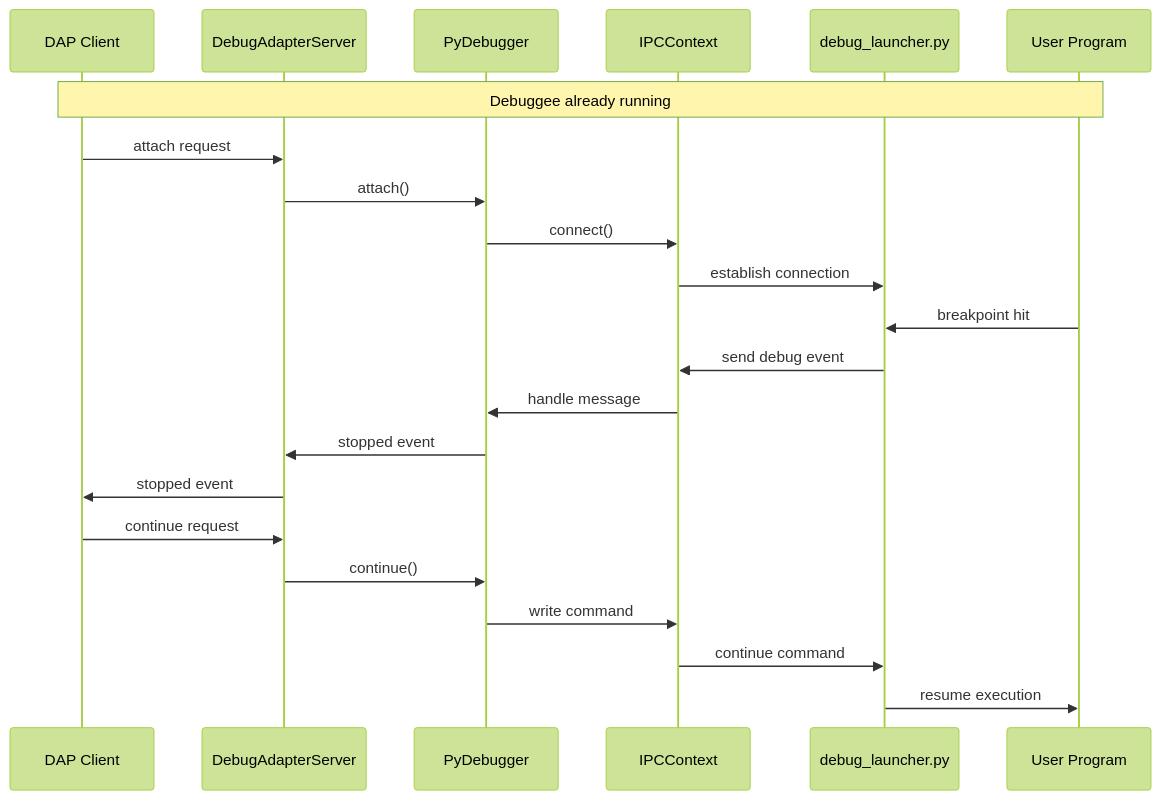
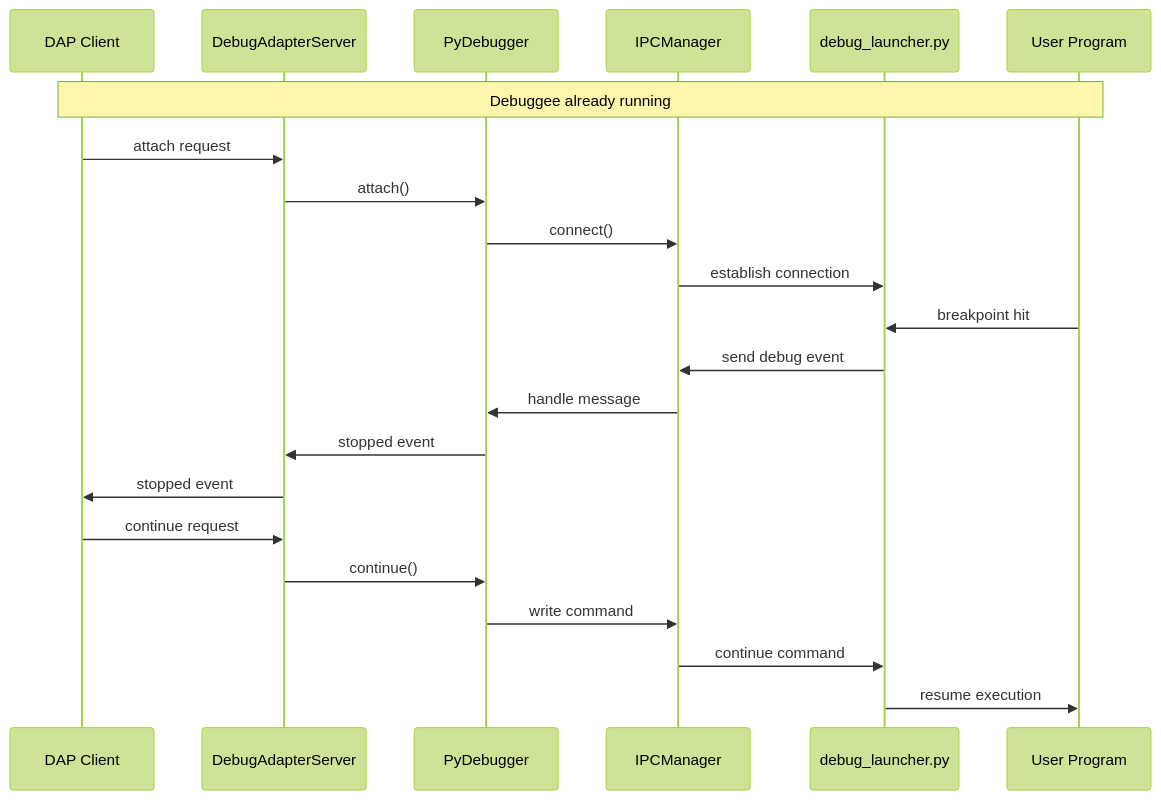
The fourth of 14 diagrams in doc/reference/operational_modes.md (jnsquire/dapper), drawn with Mermaid (forest theme) before and after one commit. The commit also changed other lines of this file and 13 other files, not shown here.

First line of the commit message:
Refactor IPC architecture: Remove IPCContext, introduce IPCManager

````diff
--- a/doc/reference/operational_modes.md
+++ b/doc/reference/operational_modes.md
@@ -118,28 +118,28 @@
 ```mermaid
 sequenceDiagram
     participant Client as DAP Client
     participant Adapter as DebugAdapterServer
     participant Debugger as PyDebugger
-    participant IPC as IPCContext
+    participant IPC as IPCManager
     participant Launcher as debug_launcher.py
     participant Debuggee as User Program
     
     Note over Client,Debuggee: Debuggee already running
     
     Client->>Adapter: attach request
     Adapter->>Debugger: attach()
     Debugger->>IPC: connect()
     IPC->>Launcher: establish connection
     
     Debuggee->>Launcher: breakpoint hit
     Launcher->>IPC: send debug event
     IPC->>Debugger: handle message
     Debugger->>Adapter: stopped event
     Adapter->>Client: stopped event
     
     Client->>Adapter: continue request
     Adapter->>Debugger: continue()
     Debugger->>IPC: write command
     IPC->>Launcher: continue command
     Launcher->>Debuggee: resume execution
 ```
````
